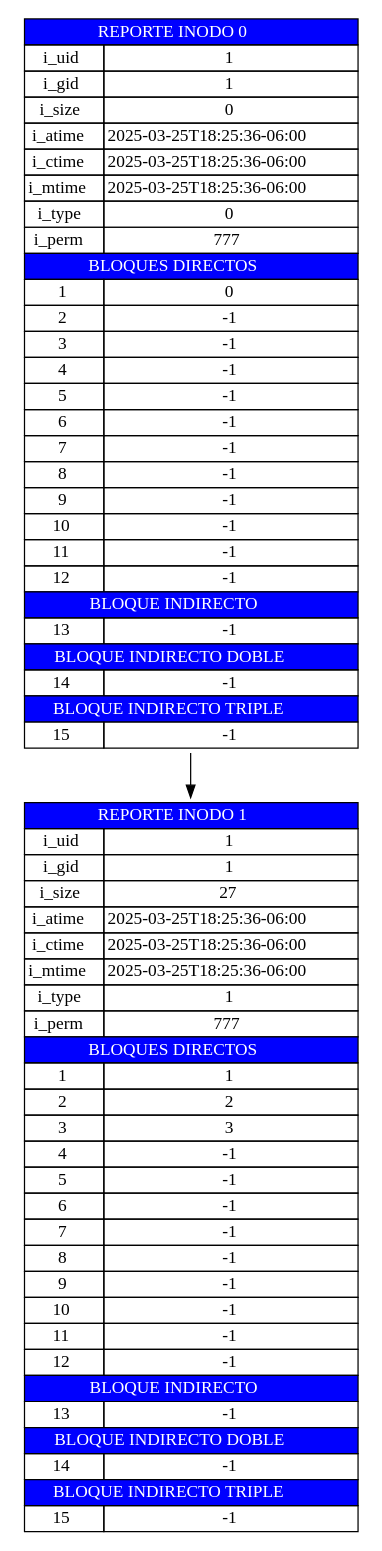
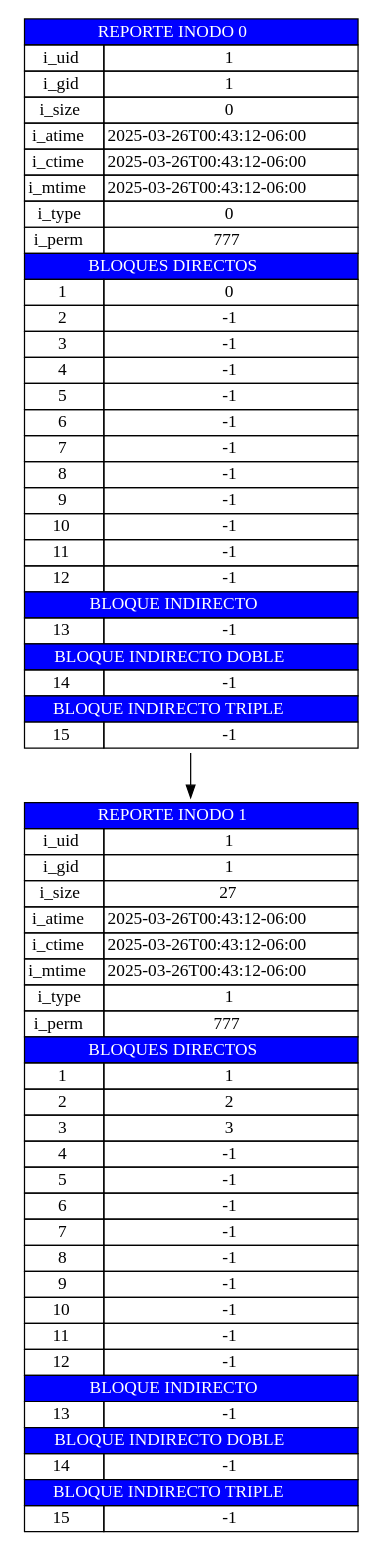
One commit to miguel-tubac/MIA_1S2025_P1_202101927 changed the diagram in server/src/salida/inodo.dot. Above: the diagram before and after it, drawn with Graphviz. The commit also changed 22 other files, not shown here.

```diff
--- a/server/src/salida/inodo.dot
+++ b/server/src/salida/inodo.dot
@@ -1,44 +1,44 @@
 digraph G {
         node [shape=plaintext]
     inode0 [label=<
             <table border="0" cellborder="1" cellspacing="0">
                 <tr><td colspan="2" bgcolor="#0000FF"><font color="white"> REPORTE INODO 0 </font></td></tr>
                 <tr><td>i_uid</td><td>1</td></tr>
                 <tr><td>i_gid</td><td>1</td></tr>
                 <tr><td>i_size</td><td>0</td></tr>
-                <tr><td>i_atime</td><td>2025-03-25T18:25:36-06:00</td></tr>
-                <tr><td>i_ctime</td><td>2025-03-25T18:25:36-06:00</td></tr>
-                <tr><td>i_mtime</td><td>2025-03-25T18:25:36-06:00</td></tr>
+                <tr><td>i_atime</td><td>2025-03-26T00:43:12-06:00</td></tr>
+                <tr><td>i_ctime</td><td>2025-03-26T00:43:12-06:00</td></tr>
+                <tr><td>i_mtime</td><td>2025-03-26T00:43:12-06:00</td></tr>
                 <tr><td>i_type</td><td>0</td></tr>
                 <tr><td>i_perm</td><td>777</td></tr>
                 <tr><td colspan="2" bgcolor="#0000FF"><font color="white"> BLOQUES DIRECTOS </font></td></tr>
             <tr><td>1</td><td>0</td></tr><tr><td>2</td><td>-1</td></tr><tr><td>3</td><td>-1</td></tr><tr><td>4</td><td>-1</td></tr><tr><td>5</td><td>-1</td></tr><tr><td>6</td><td>-1</td></tr><tr><td>7</td><td>-1</td></tr><tr><td>8</td><td>-1</td></tr><tr><td>9</td><td>-1</td></tr><tr><td>10</td><td>-1</td></tr><tr><td>11</td><td>-1</td></tr><tr><td>12</td><td>-1</td></tr>
                 <tr><td colspan="2" bgcolor="#0000FF"><font color="white"> BLOQUE INDIRECTO </font></td></tr>
                 <tr><td>13</td><td>-1</td></tr>
                 <tr><td colspan="2" bgcolor="#0000FF"><font color="white"> BLOQUE INDIRECTO DOBLE </font></td></tr>
                 <tr><td>14</td><td>-1</td></tr>
                 <tr><td colspan="2" bgcolor="#0000FF"><font color="white"> BLOQUE INDIRECTO TRIPLE </font></td></tr>
                 <tr><td>15</td><td>-1</td></tr>
             </table>>];
         inode0 -> inode1;
 inode1 [label=<
             <table border="0" cellborder="1" cellspacing="0">
                 <tr><td colspan="2" bgcolor="#0000FF"><font color="white"> REPORTE INODO 1 </font></td></tr>
                 <tr><td>i_uid</td><td>1</td></tr>
                 <tr><td>i_gid</td><td>1</td></tr>
                 <tr><td>i_size</td><td>27</td></tr>
-                <tr><td>i_atime</td><td>2025-03-25T18:25:36-06:00</td></tr>
-                <tr><td>i_ctime</td><td>2025-03-25T18:25:36-06:00</td></tr>
-                <tr><td>i_mtime</td><td>2025-03-25T18:25:36-06:00</td></tr>
+                <tr><td>i_atime</td><td>2025-03-26T00:43:12-06:00</td></tr>
+                <tr><td>i_ctime</td><td>2025-03-26T00:43:12-06:00</td></tr>
+                <tr><td>i_mtime</td><td>2025-03-26T00:43:12-06:00</td></tr>
                 <tr><td>i_type</td><td>1</td></tr>
                 <tr><td>i_perm</td><td>777</td></tr>
                 <tr><td colspan="2" bgcolor="#0000FF"><font color="white"> BLOQUES DIRECTOS </font></td></tr>
             <tr><td>1</td><td>1</td></tr><tr><td>2</td><td>2</td></tr><tr><td>3</td><td>3</td></tr><tr><td>4</td><td>-1</td></tr><tr><td>5</td><td>-1</td></tr><tr><td>6</td><td>-1</td></tr><tr><td>7</td><td>-1</td></tr><tr><td>8</td><td>-1</td></tr><tr><td>9</td><td>-1</td></tr><tr><td>10</td><td>-1</td></tr><tr><td>11</td><td>-1</td></tr><tr><td>12</td><td>-1</td></tr>
                 <tr><td colspan="2" bgcolor="#0000FF"><font color="white"> BLOQUE INDIRECTO </font></td></tr>
                 <tr><td>13</td><td>-1</td></tr>
                 <tr><td colspan="2" bgcolor="#0000FF"><font color="white"> BLOQUE INDIRECTO DOBLE </font></td></tr>
                 <tr><td>14</td><td>-1</td></tr>
                 <tr><td colspan="2" bgcolor="#0000FF"><font color="white"> BLOQUE INDIRECTO TRIPLE </font></td></tr>
                 <tr><td>15</td><td>-1</td></tr>
             </table>>];
         }
```
